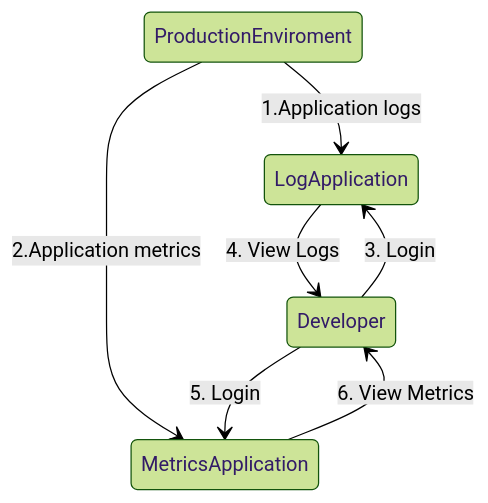
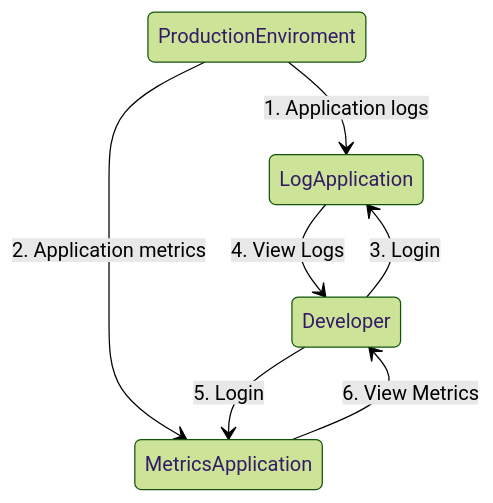
One commit to secretstartups/handbook changed the seventh of 7 diagrams in product/single-application/dataflow.html.md. Above: the diagram before and after it, drawn with Mermaid (forest theme). The commit also changed other lines of this file, not shown here.

Commit message:
Fix typo and inconsistencies in product data flow

````diff
--- a/product/single-application/dataflow.html.md
+++ b/product/single-application/dataflow.html.md
@@ -128,9 +128,9 @@
 ```mermaid
 stateDiagram
- ProductionEnviroment --> LogApplication:1.Application logs
+ ProductionEnviroment --> LogApplication:1. Application logs
  Developer --> LogApplication:3. Login 
  LogApplication --> Developer:4. View Logs
- ProductionEnviroment --> MetricsApplication:2.Application metrics
+ ProductionEnviroment --> MetricsApplication:2. Application metrics
  Developer --> MetricsApplication:5. Login 
  MetricsApplication --> Developer:6. View Metrics
 ```
````
